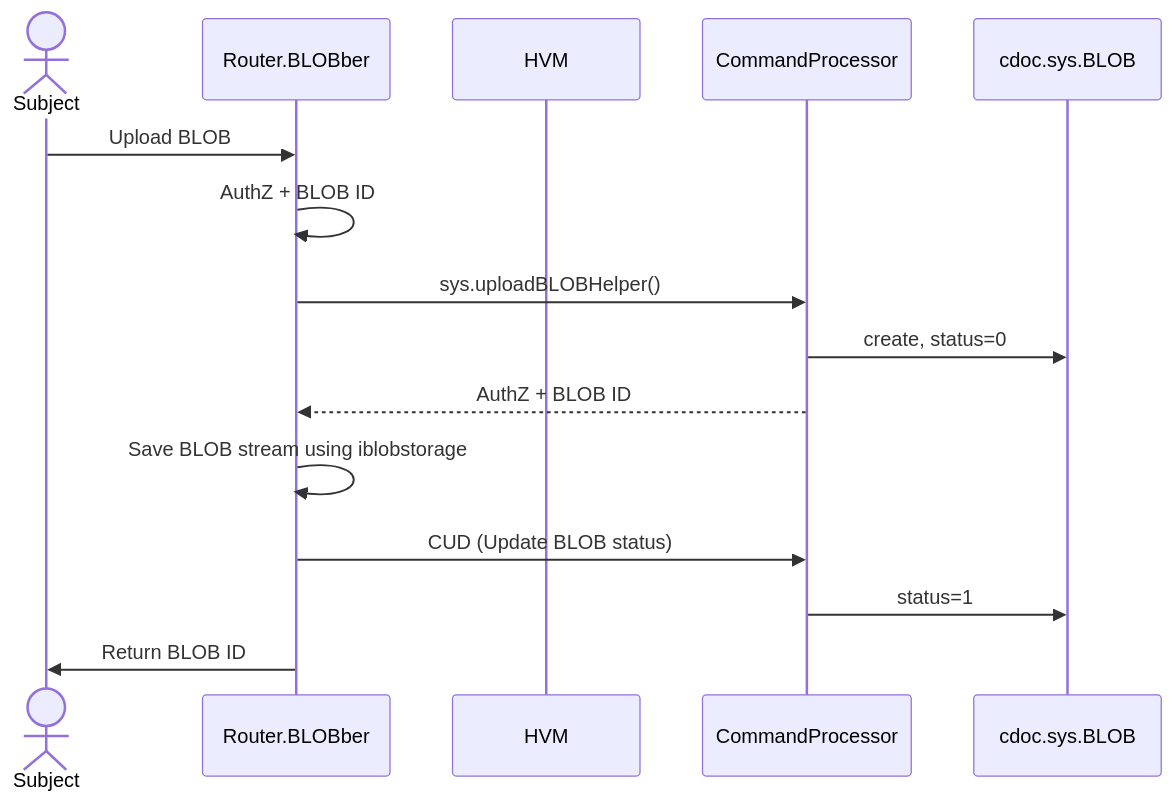
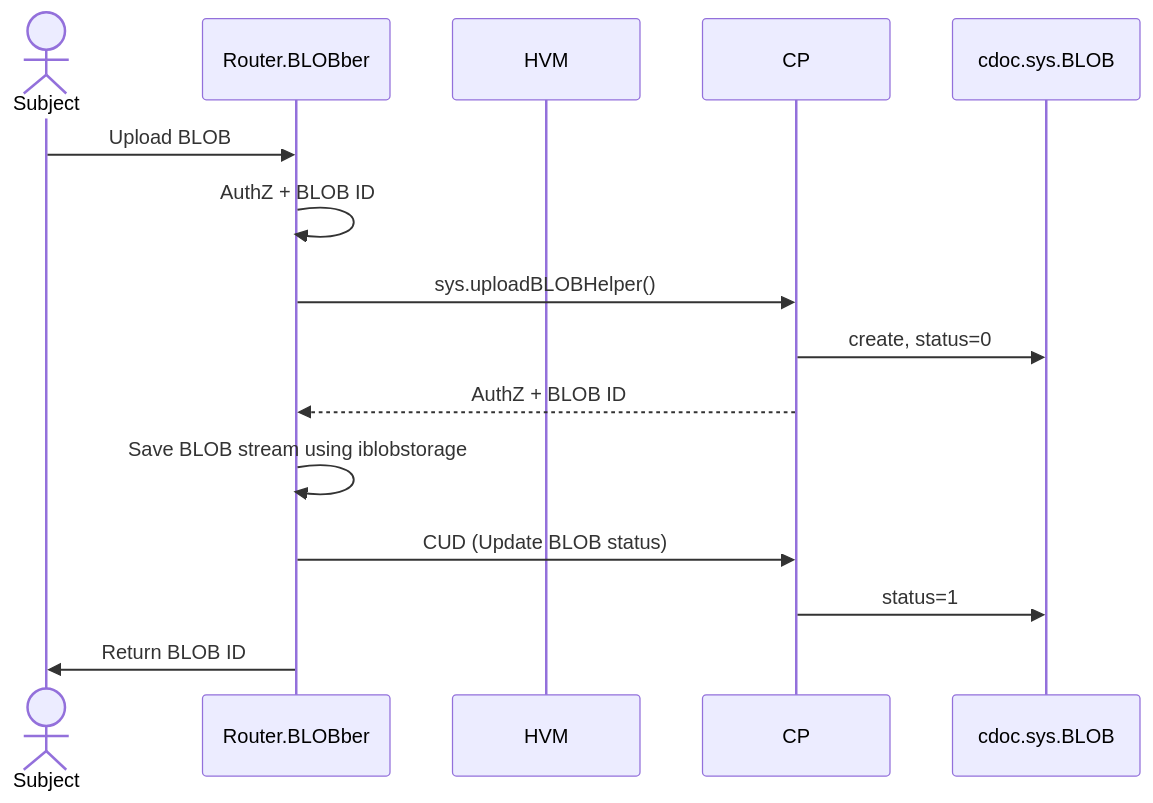
The first of 2 diagrams in server/blobs.md (voedger/voedger-internals), drawn with Mermaid before and after one commit. The commit also changed other lines of this file, not shown here.

````diff
--- a/server/blobs.md
+++ b/server/blobs.md
@@ -5,18 +5,18 @@
 ```mermaid
 sequenceDiagram
     actor Subject
     participant BLOBber as Router.BLOBber
     participant HVM
-    participant cp as CommandProcessor
+    participant cp as CP
     participant cdocBLOB as cdoc.sys.BLOB
 
     Subject ->> BLOBber: Upload BLOB
     BLOBber ->> BLOBber: AuthZ + BLOB ID
     BLOBber ->> cp: sys.uploadBLOBHelper()
     cp ->> cdocBLOB: create, status=0
     cp -->> BLOBber: AuthZ + BLOB ID
     BLOBber ->> BLOBber: Save BLOB stream using iblobstorage
     BLOBber ->> cp: CUD (Update BLOB status)
     cp ->> cdocBLOB: status=1
     BLOBber ->> Subject: Return BLOB ID
 ```
````
